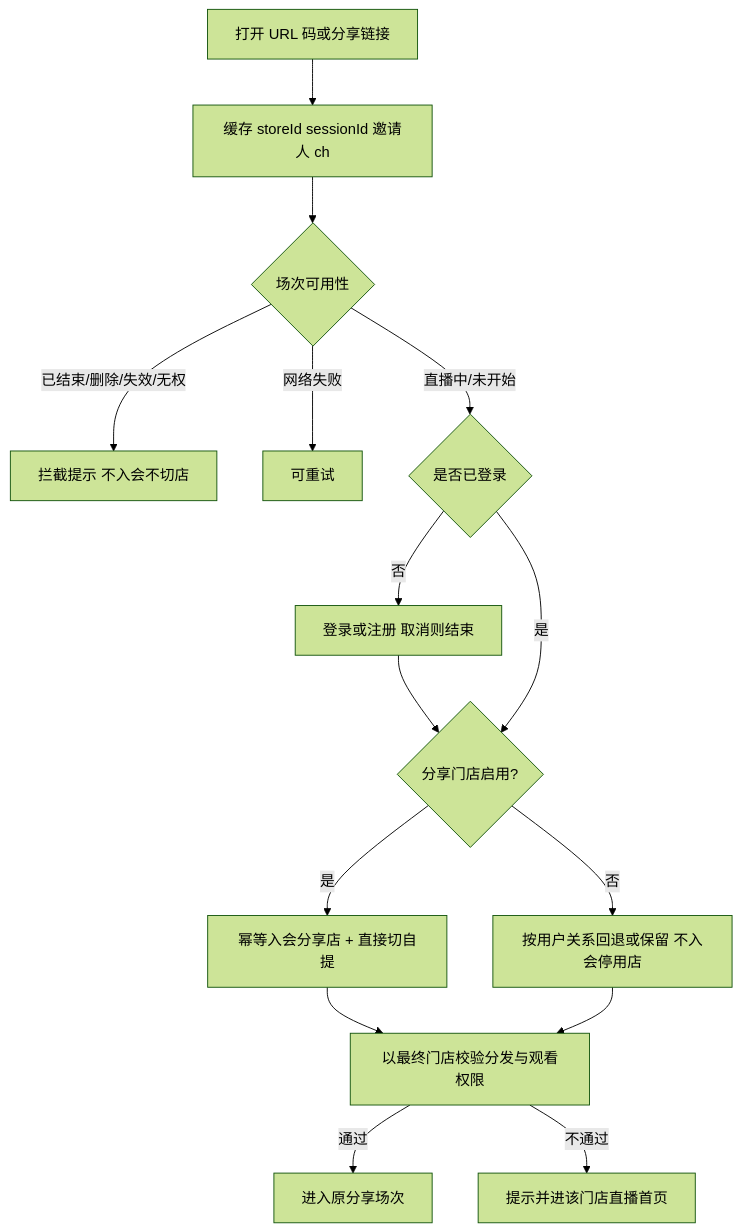
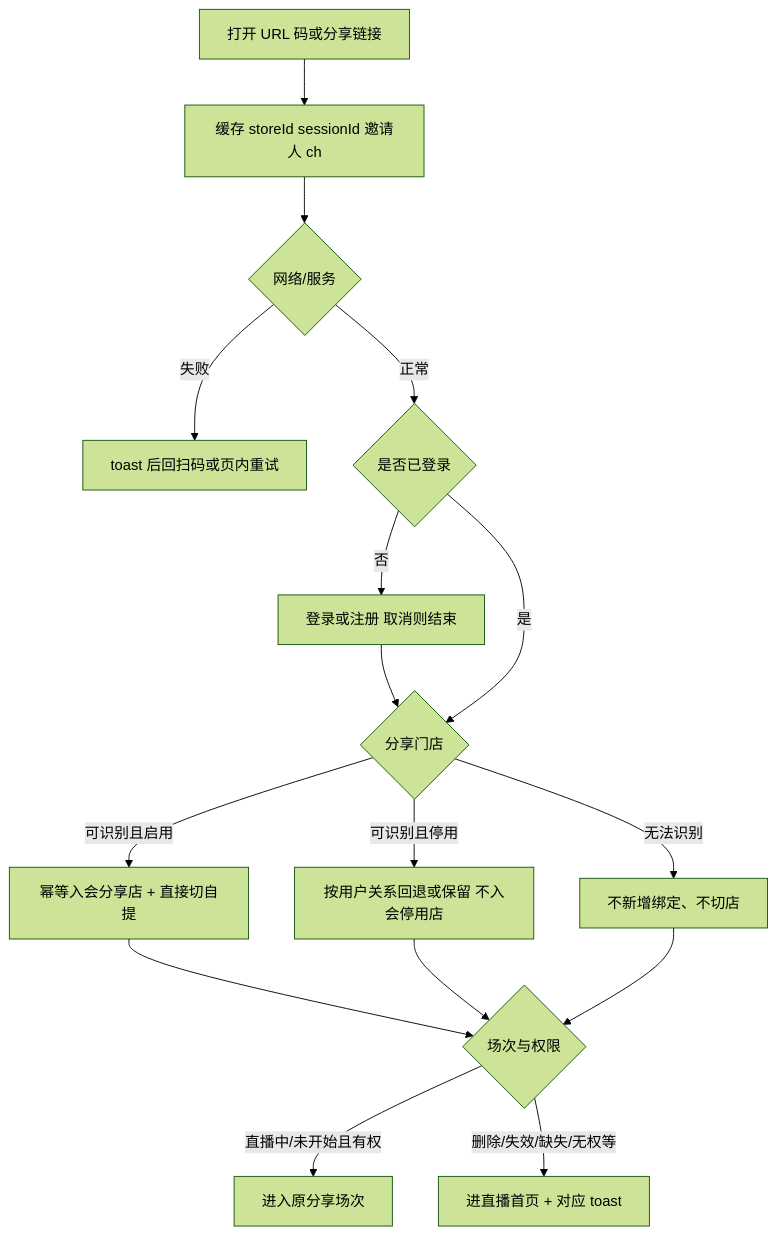
The sixth of 8 diagrams in prototype-prd/628-丰银宝支持通过分享冷丰鲜选直播场次链接绑定推广会员.md (342-droid/LFerp), drawn with Mermaid (forest theme) before and after one commit. The commit also changed other lines of this file and 18 other files, not shown here.

````diff
--- a/prototype-prd/628-丰银宝支持通过分享冷丰鲜选直播场次链接绑定推广会员.md
+++ b/prototype-prd/628-丰银宝支持通过分享冷丰鲜选直播场次链接绑定推广会员.md
@@ -452,17 +452,18 @@
 ```mermaid
 flowchart TD
   A[打开 URL 码或分享链接] --> B[缓存 storeId sessionId 邀请人 ch]
-  B --> C{场次可用性}
-  C -->|已结束/删除/失效/无权| X[拦截提示 不入会不切店]
-  C -->|网络失败| Y[可重试]
-  C -->|直播中/未开始| D{是否已登录}
+  B --> N{网络/服务}
+  N -->|失败| Y[toast 后回扫码或页内重试]
+  N -->|正常| D{是否已登录}
   D -->|否| E[登录或注册 取消则结束]
   E --> F
-  D -->|是| F{分享门店启用?}
-  F -->|是| G[幂等入会分享店 + 直接切自提]
-  F -->|否| H[按用户关系回退或保留 不入会停用店]
-  G --> I[以最终门店校验分发与观看权限]
+  D -->|是| F{分享门店}
+  F -->|可识别且启用| G[幂等入会分享店 + 直接切自提]
+  F -->|可识别且停用| H[按用户关系回退或保留 不入会停用店]
+  F -->|无法识别| S[不新增绑定、不切店]
+  G --> I{场次与权限}
   H --> I
-  I -->|通过| J[进入原分享场次]
-  I -->|不通过| K[提示并进该门店直播首页]
+  S --> I
+  I -->|直播中/未开始且有权| J[进入原分享场次]
+  I -->|删除/失效/缺失/无权等| K[进直播首页 + 对应 toast]
 ```
````
